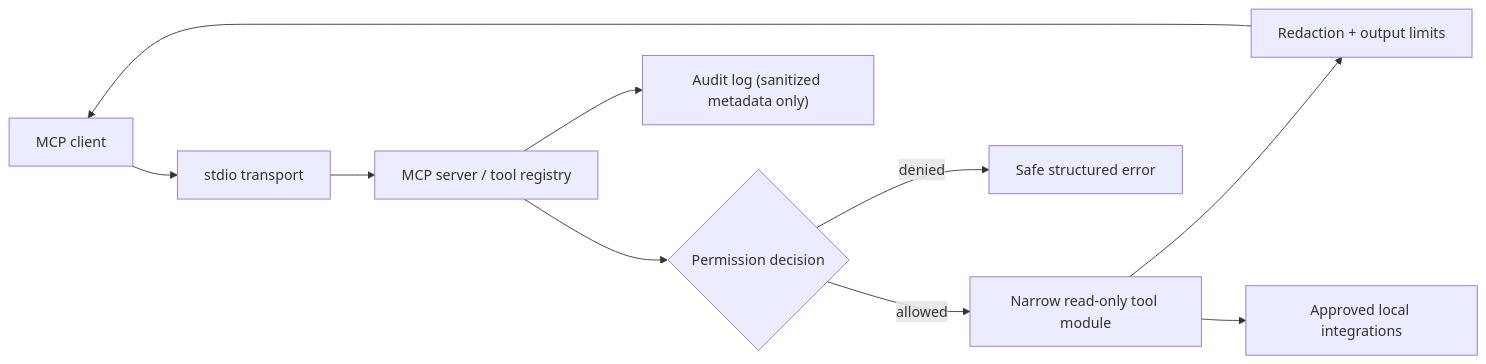
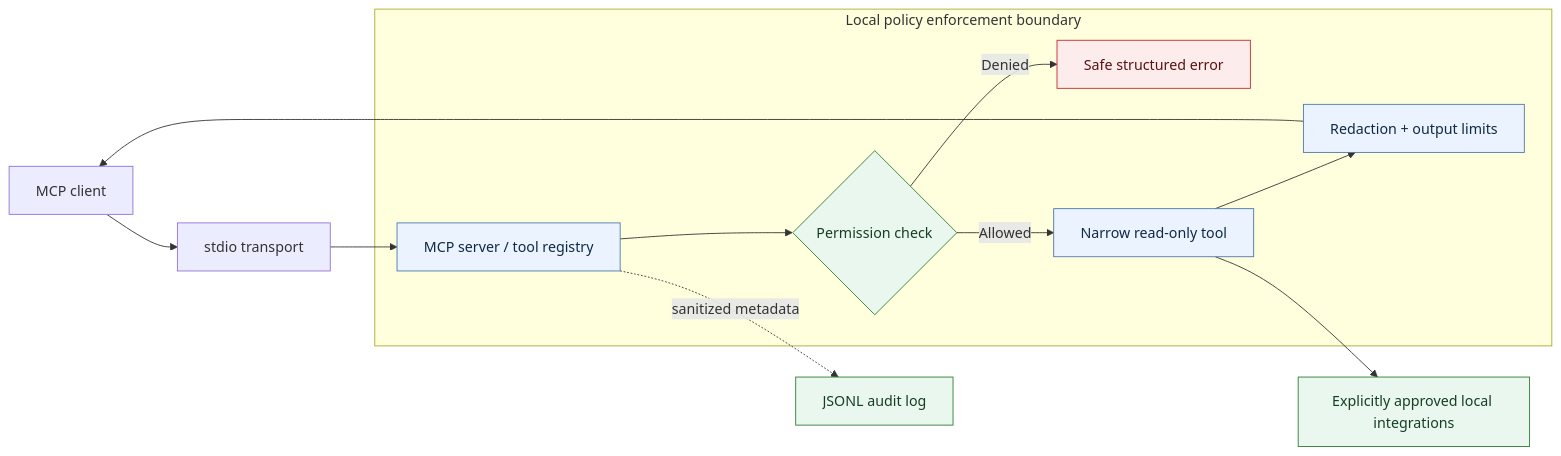
One commit to chriswayneh/local-mcp-toolbox changed the diagram in README.md. Above: the diagram before and after it, drawn with Mermaid. The commit also changed other lines of this file, not shown here.

````diff
--- a/README.md
+++ b/README.md
@@ -45,12 +140,23 @@
 ```mermaid
 flowchart LR
-  C["MCP client"] --> T["stdio transport"]
-  T --> S["MCP server / tool registry"]
-  S --> P{"Permission decision"}
-  P -->|allowed| M["Narrow read-only tool module"]
-  P -->|denied| E["Safe structured error"]
-  M --> R["Redaction + output limits"]
-  R --> C
-  S --> A["Audit log (sanitized metadata only)"]
-  M --> F["Approved local integrations"]
+  Client["MCP client"] --> Transport["stdio transport"]
+
+  subgraph Boundary["Local policy enforcement boundary"]
+    Registry["MCP server / tool registry"] --> Permission{"Permission check"}
+    Permission -->|Denied| Error["Safe structured error"]
+    Permission -->|Allowed| Tool["Narrow read-only tool"]
+    Tool --> Guard["Redaction + output limits"]
+  end
+
+  Transport --> Registry
+  Guard --> Client
+  Registry -. "sanitized metadata" .-> Audit["JSONL audit log"]
+  Tool --> Integration["Explicitly approved local integrations"]
+
+  classDef boundary fill:#EAF3FF,stroke:#4A78A8,color:#102A43
+  classDef control fill:#E9F7EF,stroke:#2E7D32,color:#173E22
+  classDef denial fill:#FDECEC,stroke:#C62828,color:#5C1111
+  class Registry,Tool,Guard boundary
+  class Permission,Audit,Integration control
+  class Error denial
 ```
````
